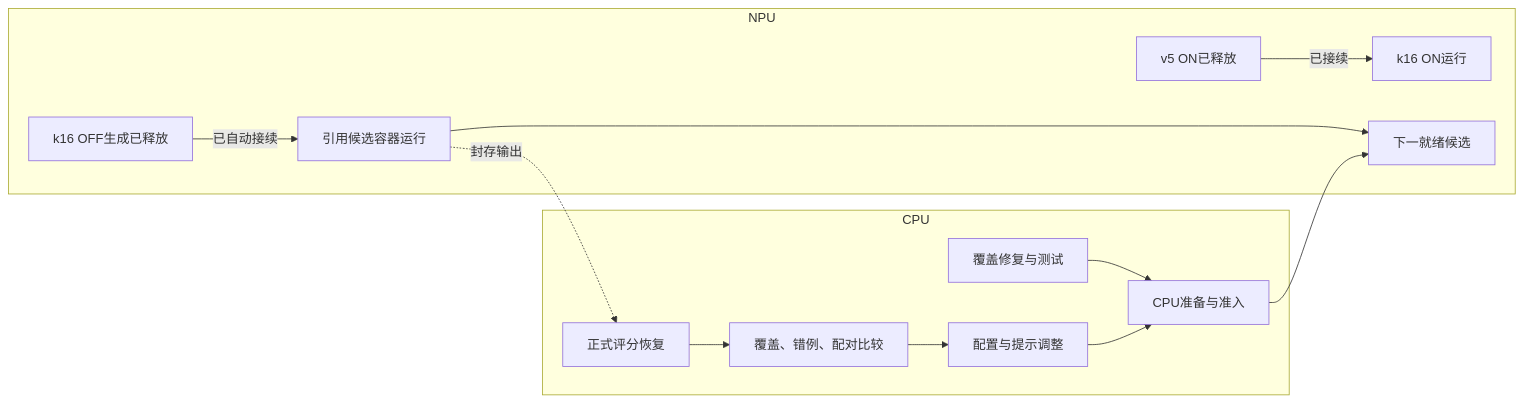
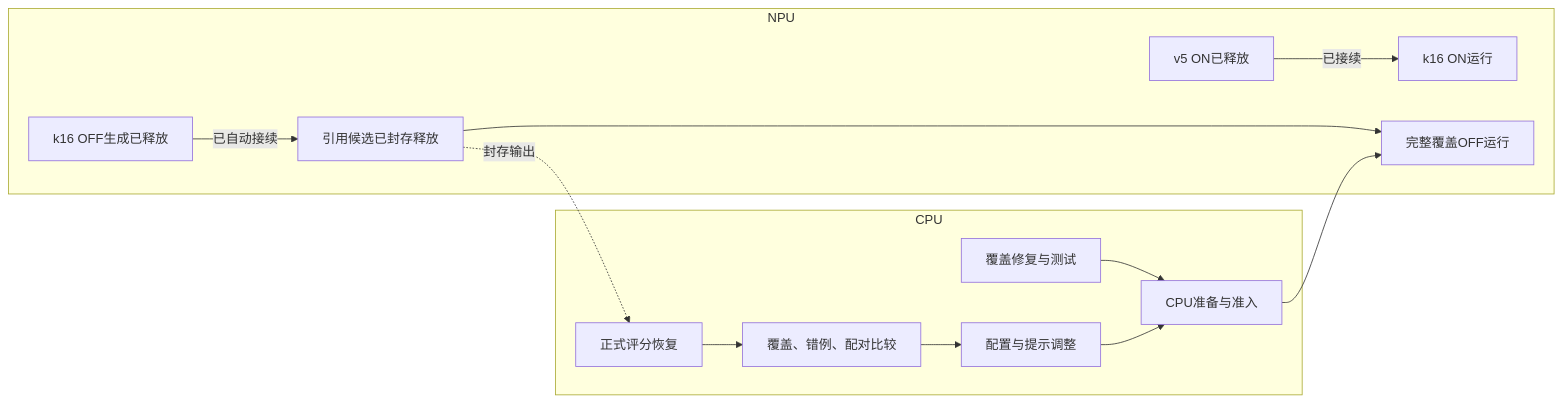
One commit to chaosxingxc-orion/omni changed the diagram in wiki/TFRL-Execution-DAG.md. Above: the diagram before and after it, drawn with Mermaid. The commit also changed other lines of this file and 3 other files, not shown here.

````diff
--- a/wiki/TFRL-Execution-DAG.md
+++ b/wiki/TFRL-Execution-DAG.md
@@ -31,16 +33,16 @@
 ```mermaid
 flowchart LR
   subgraph CPU
     Fix[覆盖修复与测试] --> Prepare[CPU准备与准入]
     Score[正式评分恢复] --> Compare[覆盖、错例、配对比较]
     Compare --> Tune[配置与提示调整]
     Tune --> Prepare
   end
   subgraph NPU
-    A[k16 OFF生成已释放] -->|已自动接续| Cover[引用候选容器运行]
+    A[k16 OFF生成已释放] -->|已自动接续| Cover[引用候选已封存释放]
     B[v5 ON已释放] -->|已接续| K[k16 ON运行]
-    Cover --> Next[下一就绪候选]
+    Cover --> Next[完整覆盖OFF运行]
   end
   Prepare --> Next
   Cover -.封存输出.-> Score
 ```
````
